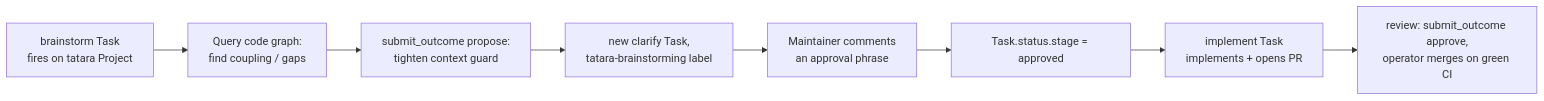
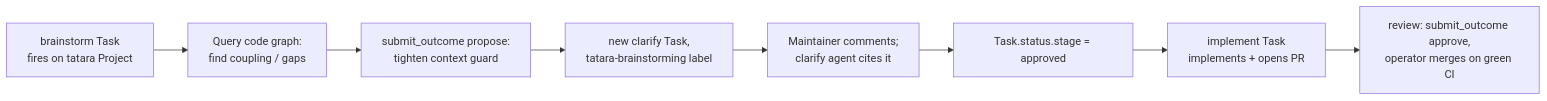
Before and after one commit to szymonrychu/tatara-documentation: the first of 2 diagrams in docs/concepts/self-improvement.md, drawn with Mermaid. The commit also changed other lines of this file and 17 other files, not shown here.

First line of the commit message:
docs: the approval gate is agent-judged and operator-verified

````diff
--- a/docs/concepts/self-improvement.md
+++ b/docs/concepts/self-improvement.md
@@ -68,10 +69,10 @@
 ```mermaid
 flowchart LR
     A[brainstorm Task<br/>fires on tatara Project] --> B[Query code graph:<br/>find coupling / gaps]
     B --> C[submit_outcome propose:<br/>tighten context guard]
     C --> D[new clarify Task,<br/>tatara-brainstorming label]
-    D --> E[Maintainer comments<br/>an approval phrase]
+    D --> E[Maintainer comments;<br/>clarify agent cites it]
     E --> F[Task.status.stage = approved]
     F --> G[implement Task<br/>implements + opens PR]
     G --> H[review: submit_outcome approve,<br/>operator merges on green CI]
 ```
````
